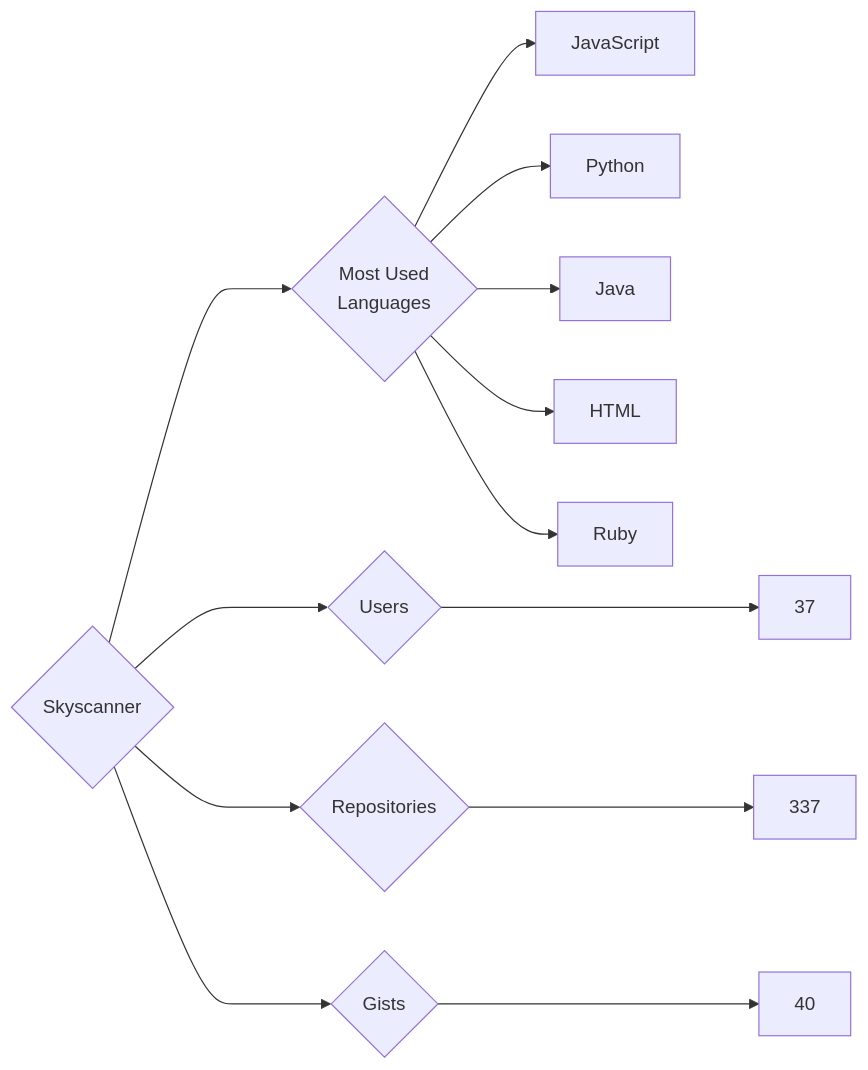
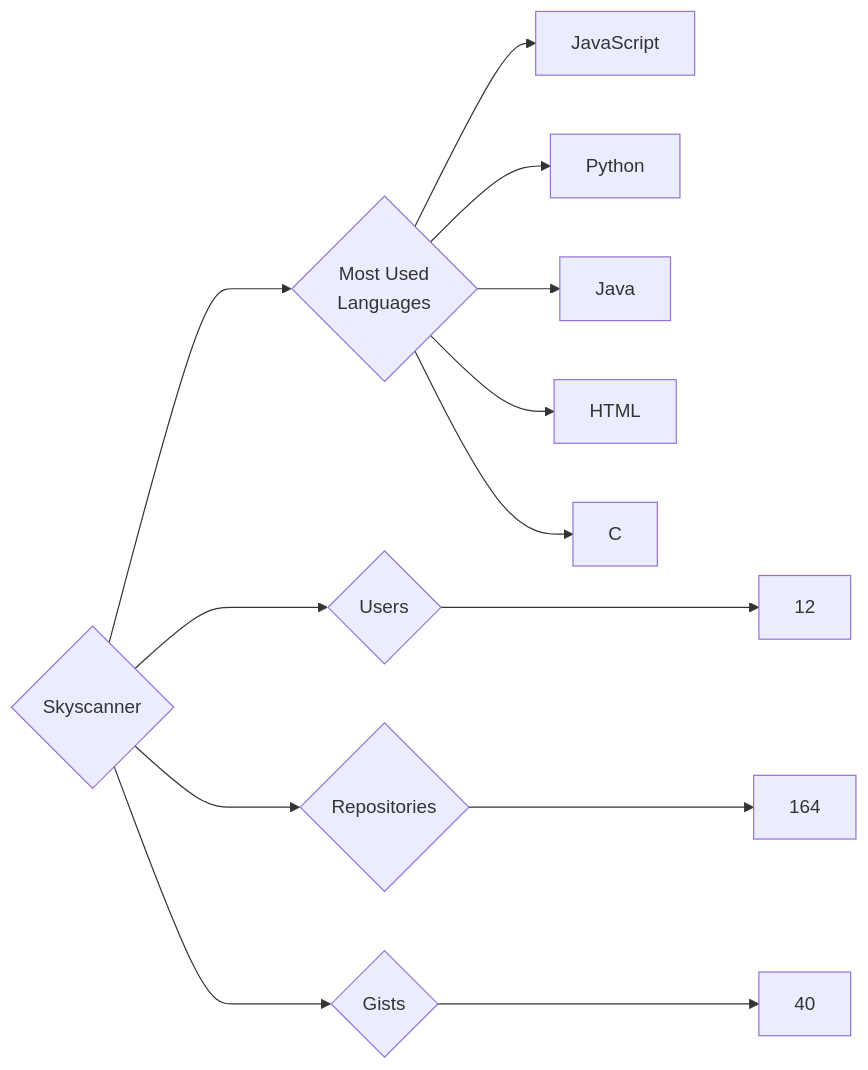
One commit to trickest/insiders changed the diagram in targets/Skyscanner/README.md. Above: the diagram before and after it, drawn with Mermaid. The commit also changed 770 other files, not shown here.

````diff
--- a/targets/Skyscanner/README.md
+++ b/targets/Skyscanner/README.md
@@ -3,13 +3,13 @@
 ```mermaid
 graph LR
 COMPANY_NAME{Skyscanner}
-COMPANY_NAME ---> U{Users} ---> UN[37]
-COMPANY_NAME ---> R{Repositories} ---> RN[337]
+COMPANY_NAME ---> U{Users} ---> UN[12]
+COMPANY_NAME ---> R{Repositories} ---> RN[164]
 COMPANY_NAME ---> G{Gists} ---> GN[40]
 COMPANY_NAME ---> ML{Most Used<br>Languages}
 ML --> JavaScript[JavaScript]
 ML --> Python[Python]
 ML --> Java[Java]
 ML --> HTML[HTML]
-ML --> Ruby[Ruby]
+ML --> C[C]
 ```
````
